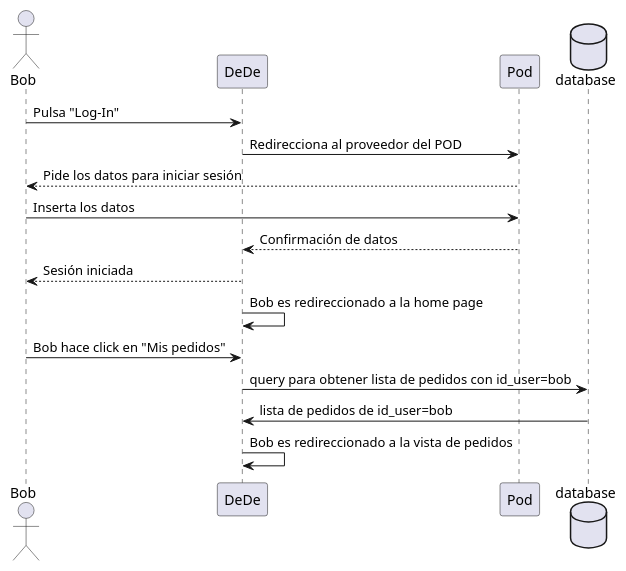
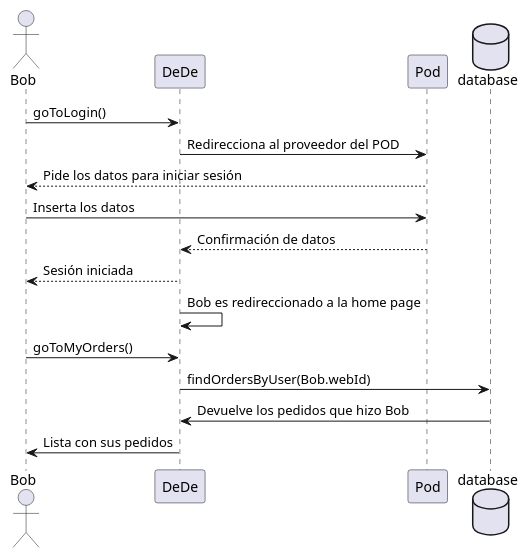
One commit to Arquisoft/dede_es6b changed the fourth of 4 diagrams in docs/06_runtime_view.adoc. Above: the diagram before and after it, drawn with PlantUML. The commit also changed other lines of this file and 4 other files, not shown here.

```diff
--- a/docs/06_runtime_view.adoc
+++ b/docs/06_runtime_view.adoc
@@ -81,18 +66,18 @@
 [plantuml,"06_runtime_verPedido",png]
 ----
 actor Bob
 participant DeDe
 participant Pod
 database database
-Bob -> DeDe: Pulsa "Log-In" 
+Bob -> DeDe: goToLogin()
 DeDe -> Pod: Redirecciona al proveedor del POD
 Bob <-- Pod: Pide los datos para iniciar sesión
 Bob -> Pod: Inserta los datos
 DeDe <-- Pod: Confirmación de datos
 Bob <-- DeDe: Sesión iniciada
 DeDe -> DeDe: Bob es redireccionado a la home page
-Bob -> DeDe: Bob hace click en "Mis pedidos"
-database <- DeDe: query para obtener lista de pedidos con id_user=bob
-database -> DeDe: lista de pedidos de id_user=bob
-DeDe -> DeDe: Bob es redireccionado a la vista de pedidos
+Bob -> DeDe: goToMyOrders() 
+DeDe -> database: findOrdersByUser(Bob.webId)
+database -> DeDe: Devuelve los pedidos que hizo Bob
+DeDe -> Bob: Lista con sus pedidos
 ----
```
